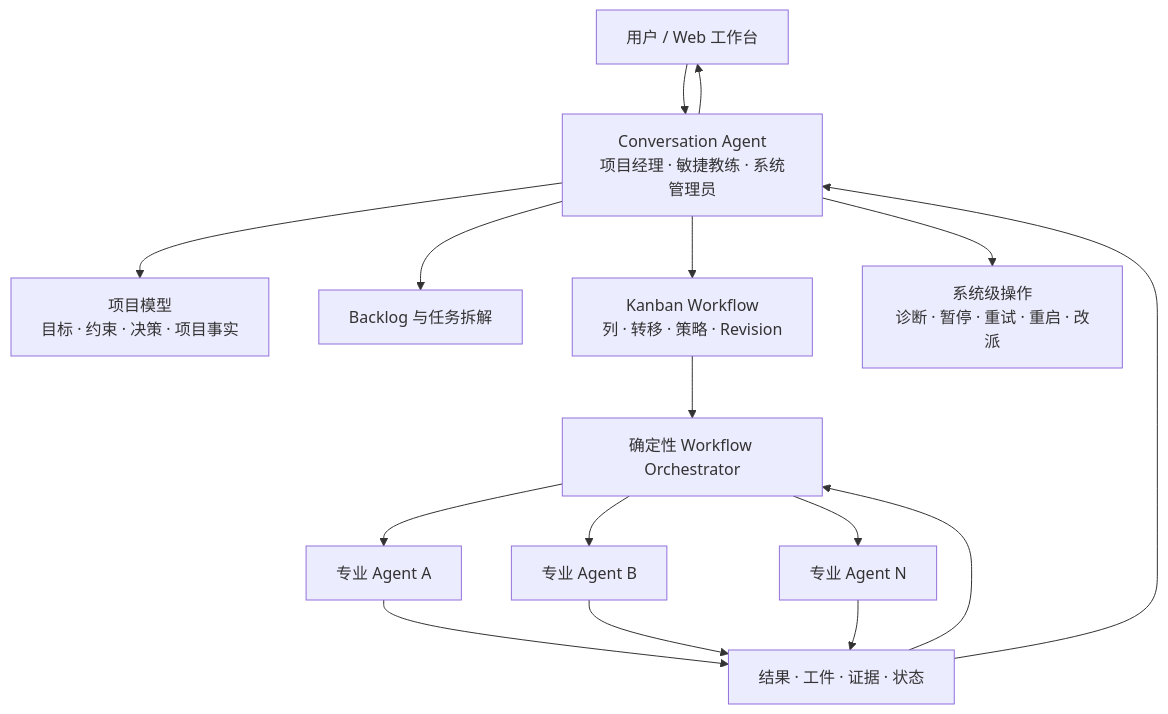
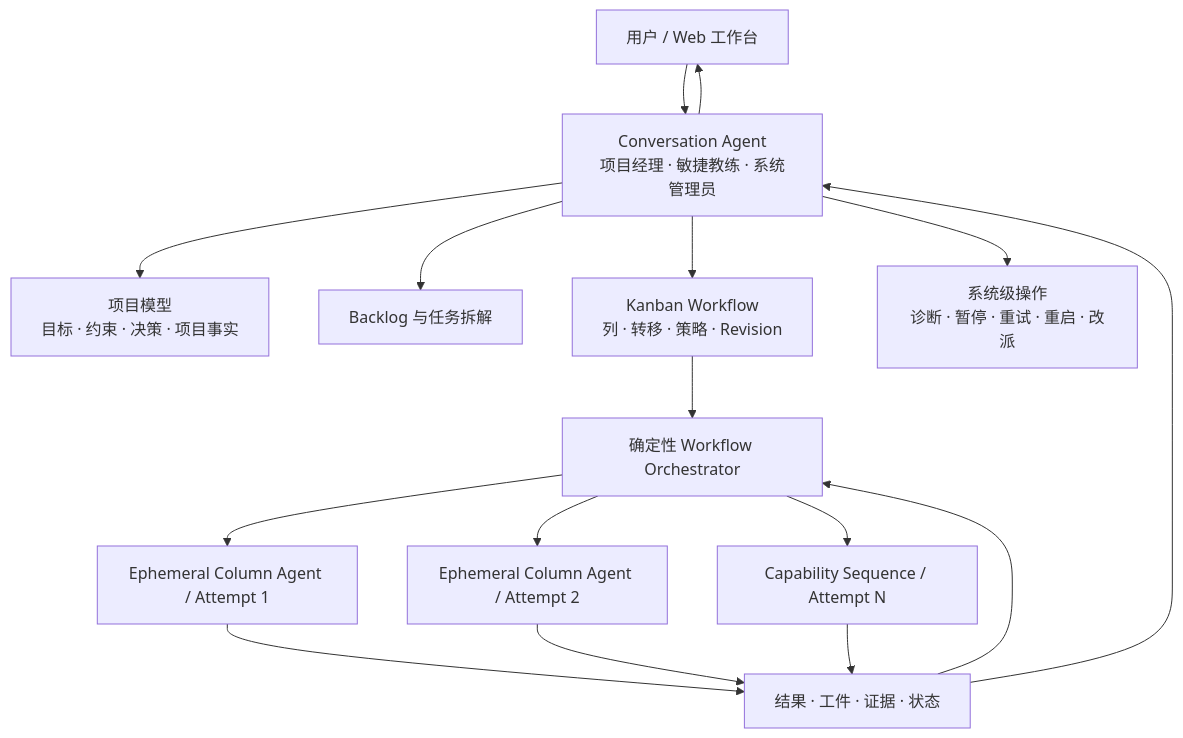
The diagram in DevWerk/docs/conversation-agent-design-v1.md (zanghongtu2006/DevWerk), drawn with Mermaid before and after one commit. The commit also changed other lines of this file and 2 other files, not shown here.

````diff
--- a/DevWerk/docs/conversation-agent-design-v1.md
+++ b/DevWerk/docs/conversation-agent-design-v1.md
@@ -36,21 +36,21 @@
 ```mermaid
 flowchart TD
     U["用户 / Web 工作台"] --> CA["Conversation Agent<br/>项目经理 · 敏捷教练 · 系统管理员"]
 
     CA --> PM["项目模型<br/>目标 · 约束 · 决策 · 项目事实"]
     CA --> BL["Backlog 与任务拆解"]
     CA --> WF["Kanban Workflow<br/>列 · 转移 · 策略 · Revision"]
     CA --> OP["系统级操作<br/>诊断 · 暂停 · 重试 · 重启 · 改派"]
 
     WF --> OR["确定性 Workflow Orchestrator"]
-    OR --> A1["专业 Agent A"]
-    OR --> A2["专业 Agent B"]
-    OR --> A3["专业 Agent N"]
+    OR --> A1["Ephemeral Column Agent / Attempt 1"]
+    OR --> A2["Ephemeral Column Agent / Attempt 2"]
+    OR --> A3["Capability Sequence / Attempt N"]
 
     A1 --> ART["结果 · 工件 · 证据 · 状态"]
     A2 --> ART
     A3 --> ART
     ART --> OR
     ART --> CA
     CA --> U
 ```
````
